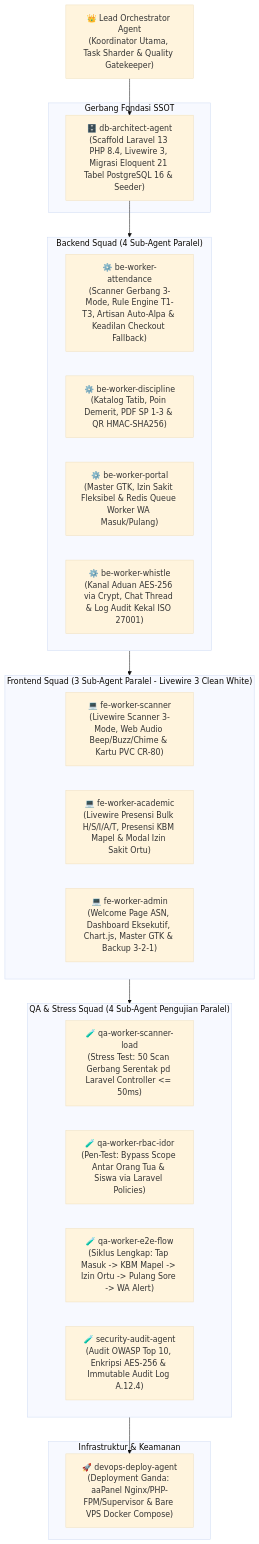
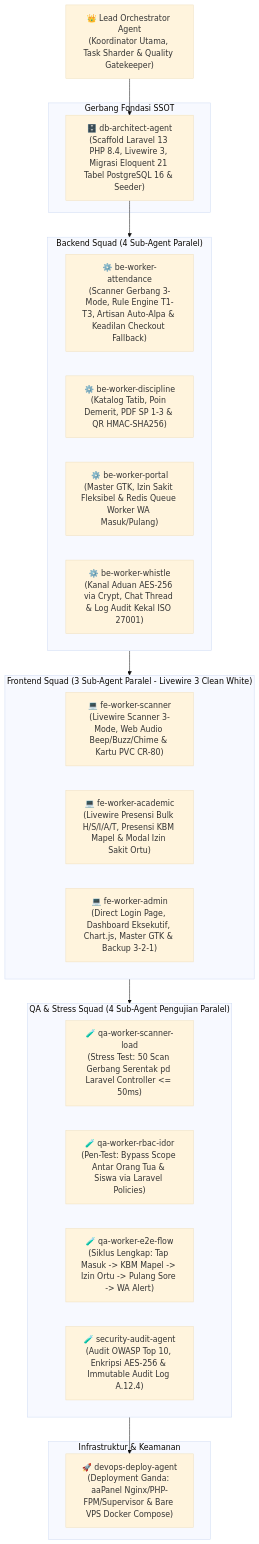
The diagram in plan/docs/07_ORCHESTRASI.md (benny-abdullah/school_app), drawn with Mermaid (base theme) before and after one commit. The commit also changed 9 other files, not shown here.

First line of the commit message:
feat: replace welcome landing page with direct modern login page

````diff
--- a/plan/docs/07_ORCHESTRASI.md
+++ b/plan/docs/07_ORCHESTRASI.md
@@ -14,38 +14,38 @@
 ```mermaid
 graph TD
     LEAD["👑 Lead Orchestrator Agent\n(Koordinator Utama, Task Sharder & Quality Gatekeeper)"]
 
     subgraph Core_Shared ["Gerbang Fondasi SSOT"]
         DBA["🗄️ db-architect-agent\n(Scaffold Laravel 13 PHP 8.4, Livewire 3, Migrasi Eloquent 21 Tabel PostgreSQL 16 & Seeder)"]
     end
 
     subgraph Backend_Pool ["Backend Squad (4 Sub-Agent Paralel)"]
         BE1["⚙️ be-worker-attendance\n(Scanner Gerbang 3-Mode, Rule Engine T1-T3, Artisan Auto-Alpa & Keadilan Checkout Fallback)"]
         BE2["⚙️ be-worker-discipline\n(Katalog Tatib, Poin Demerit, PDF SP 1-3 & QR HMAC-SHA256)"]
         BE3["⚙️ be-worker-portal\n(Master GTK, Izin Sakit Fleksibel & Redis Queue Worker WA Masuk/Pulang)"]
         BE4["⚙️ be-worker-whistle\n(Kanal Aduan AES-256 via Crypt, Chat Thread & Log Audit Kekal ISO 27001)"]
     end
 
     subgraph Frontend_Pool ["Frontend Squad (3 Sub-Agent Paralel - Livewire 3 Clean White)"]
         FE1["💻 fe-worker-scanner\n(Livewire Scanner 3-Mode, Web Audio Beep/Buzz/Chime & Kartu PVC CR-80)"]
         FE2["💻 fe-worker-academic\n(Livewire Presensi Bulk H/S/I/A/T, Presensi KBM Mapel & Modal Izin Sakit Ortu)"]
-        FE3["💻 fe-worker-admin\n(Welcome Page ASN, Dashboard Eksekutif, Chart.js, Master GTK & Backup 3-2-1)"]
+        FE3["💻 fe-worker-admin\n(Direct Login Page, Dashboard Eksekutif, Chart.js, Master GTK & Backup 3-2-1)"]
     end
 
     subgraph QA_Pool ["QA & Stress Squad (4 Sub-Agent Pengujian Paralel)"]
         QA1["🧪 qa-worker-scanner-load\n(Stress Test: 50 Scan Gerbang Serentak pd Laravel Controller <= 50ms)"]
         QA2["🧪 qa-worker-rbac-idor\n(Pen-Test: Bypass Scope Antar Orang Tua & Siswa via Laravel Policies)"]
         QA3["🧪 qa-worker-e2e-flow\n(Siklus Lengkap: Tap Masuk -> KBM Mapel -> Izin Ortu -> Pulang Sore -> WA Alert)"]
         QA4["🧪 security-audit-agent\n(Audit OWASP Top 10, Enkripsi AES-256 & Immutable Audit Log A.12.4)"]
     end
 
     subgraph Infra_Squad ["Infrastruktur & Keamanan"]
         OPS["🚀 devops-deploy-agent\n(Deployment Ganda: aaPanel Nginx/PHP-FPM/Supervisor & Bare VPS Docker Compose)"]
     end
 
     LEAD --> DBA
     DBA --> Backend_Pool
     Backend_Pool --> Frontend_Pool
     Frontend_Pool --> QA_Pool
     QA_Pool --> OPS
 ```
````
